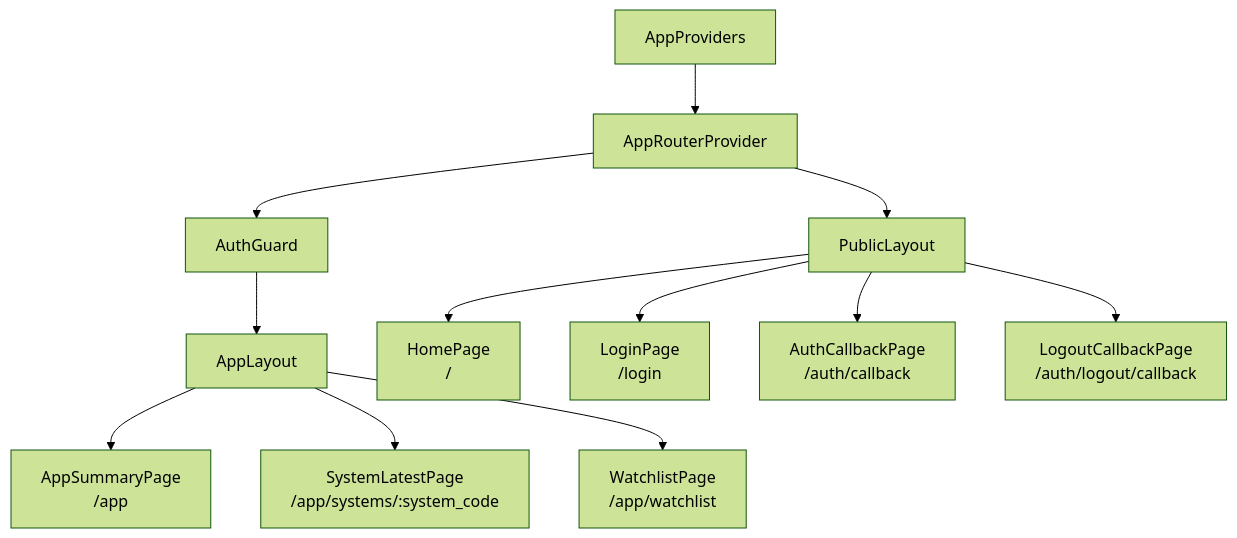
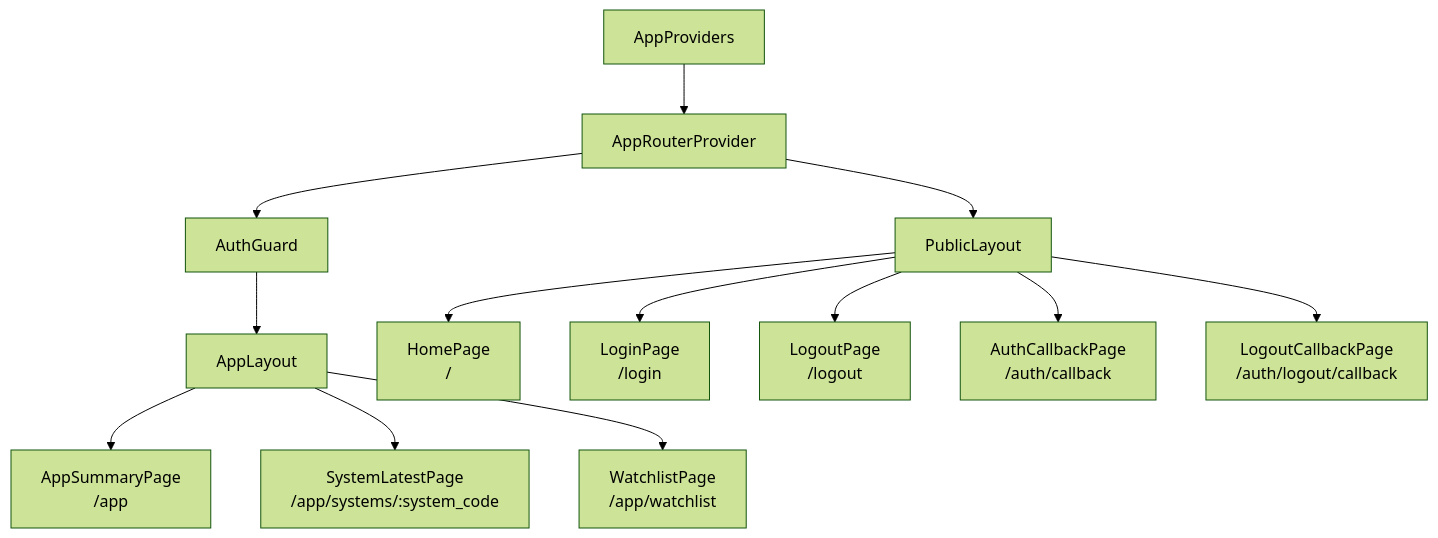
The first of 4 diagrams in docs/design/frontend_basic_design.md (perotaro/stock_web), drawn with Mermaid (forest theme) before and after one commit. The commit also changed other lines of this file and 2 other files, not shown here.

````diff
--- a/docs/design/frontend_basic_design.md
+++ b/docs/design/frontend_basic_design.md
@@ -231,31 +238,33 @@
 ```mermaid
 flowchart TD
   AppProviders["AppProviders"]
   Router["AppRouterProvider"]
   PublicLayout["PublicLayout"]
   AuthGuard["AuthGuard"]
   AppLayout["AppLayout"]
 
   HomePage["HomePage<br/>/"]
   LoginPage["LoginPage<br/>/login"]
+  LogoutPage["LogoutPage<br/>/logout"]
   AuthCallbackPage["AuthCallbackPage<br/>/auth/callback"]
   LogoutCallbackPage["LogoutCallbackPage<br/>/auth/logout/callback"]
 
   AppSummaryPage["AppSummaryPage<br/>/app"]
   SystemLatestPage["SystemLatestPage<br/>/app/systems/:system_code"]
   WatchlistPage["WatchlistPage<br/>/app/watchlist"]
 
   AppProviders --> Router
   Router --> PublicLayout
   Router --> AuthGuard
   AuthGuard --> AppLayout
 
   PublicLayout --> HomePage
   PublicLayout --> LoginPage
+  PublicLayout --> LogoutPage
   PublicLayout --> AuthCallbackPage
   PublicLayout --> LogoutCallbackPage
 
   AppLayout --> AppSummaryPage
   AppLayout --> SystemLatestPage
   AppLayout --> WatchlistPage
 ```
````
